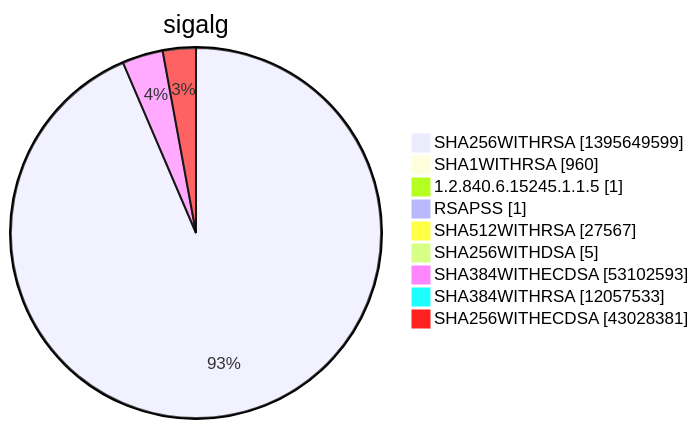
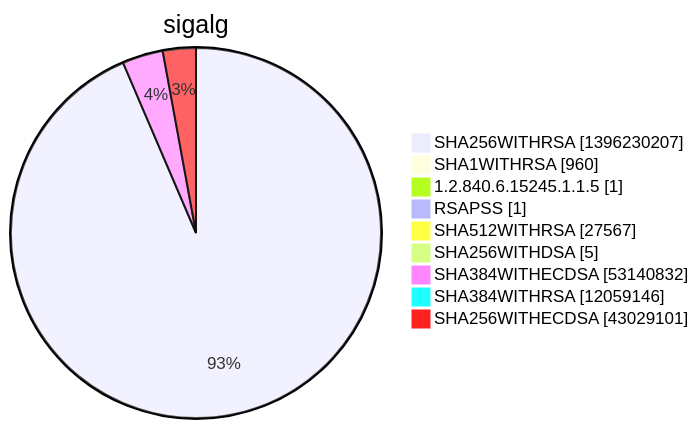
Before and after one commit to christiankrug/ctmonitor_visualization: diagram 15 of 15 in argon2022/README.md, drawn with Mermaid. The commit also changed other lines of this file, not shown here.

````diff
--- a/argon2022/README.md
+++ b/argon2022/README.md
@@ -5524,13 +5524,13 @@
 ```mermaid
 pie showData
 title sigalg
-"SHA256WITHRSA" :1395649599
+"SHA256WITHRSA" :1396230207
 "SHA1WITHRSA" :960
 "1.2.840.6.15245.1.1.5" :1
 "RSAPSS" :1
 "SHA512WITHRSA" :27567
 "SHA256WITHDSA" :5
-"SHA384WITHECDSA" :53102593
-"SHA384WITHRSA" :12057533
-"SHA256WITHECDSA" :43028381
+"SHA384WITHECDSA" :53140832
+"SHA384WITHRSA" :12059146
+"SHA256WITHECDSA" :43029101
 ```
````
